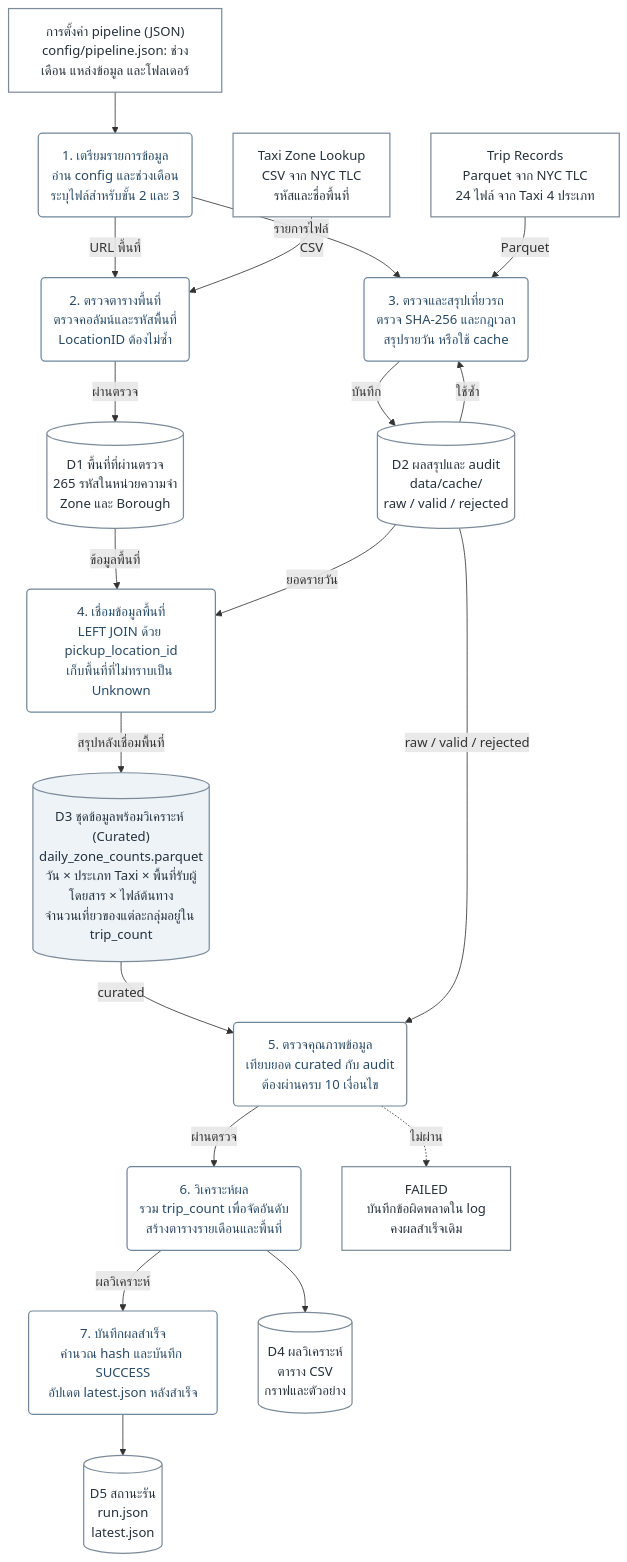
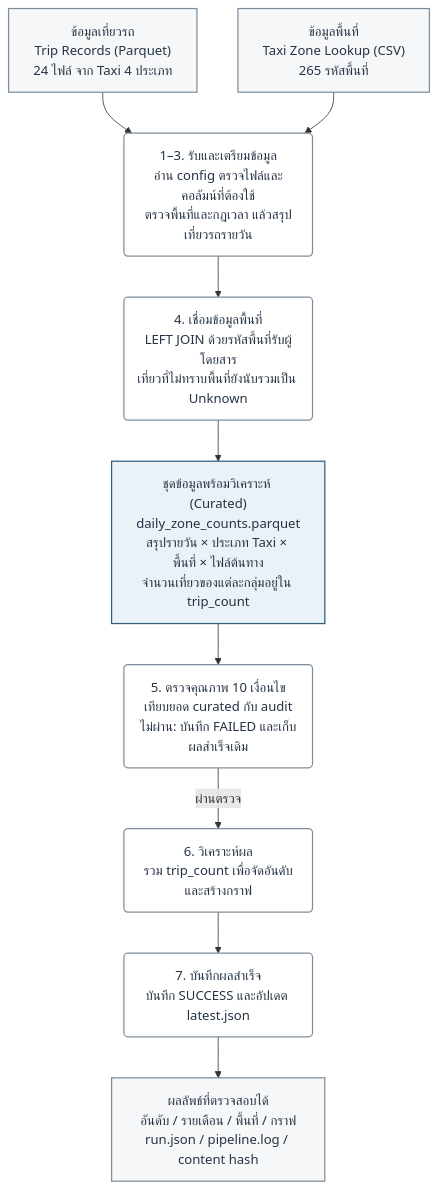
The diagram in docs/pipeline.mmd (ronnakrit303/CS341-Submission2), drawn with Mermaid before and after one commit. The commit also changed 5 other files, not shown here.

Commit message:
Replace data flow diagram with a concise single overview

```diff
--- a/docs/pipeline.mmd
+++ b/docs/pipeline.mmd
@@ -1,45 +1,25 @@
 flowchart TD
     %% Generated by scripts/render_pipeline_diagram.py.
-    %% Canonical graph for the two README views. D2 and D3 are shared data stores.
-    %% Numbers match log stages; arrows show data dependencies, not parallel execution.
-    configSource["การตั้งค่า pipeline (JSON)<br/>config/pipeline.json: ช่วงเดือน แหล่งข้อมูล และโฟลเดอร์"]:::source
-    prepare("1. เตรียมรายการข้อมูล<br/>อ่าน config และช่วงเดือน<br/>ระบุไฟล์สำหรับขั้น 2 และ 3"):::process
-    zoneSource["Taxi Zone Lookup<br/>CSV จาก NYC TLC<br/>รหัสและชื่อพื้นที่"]:::source
-    tripSource["Trip Records<br/>Parquet จาก NYC TLC<br/>24 ไฟล์ จาก Taxi 4 ประเภท"]:::source
-    lookup("2. ตรวจตารางพื้นที่<br/>ตรวจคอลัมน์และรหัสพื้นที่<br/>LocationID ต้องไม่ซ้ำ"):::process
-    trips("3. ตรวจและสรุปเที่ยวรถ<br/>ตรวจ SHA-256 และกฎเวลา<br/>สรุปรายวัน หรือใช้ cache"):::process
-    zonesStore[("D1 พื้นที่ที่ผ่านตรวจ<br/>265 รหัสในหน่วยความจำ<br/>Zone และ Borough")]:::store
-    aggregateStore[("D2 ผลสรุปและ audit<br/>data/cache/<br/>raw / valid / rejected")]:::store
-    curate("4. เชื่อมข้อมูลพื้นที่<br/>LEFT JOIN ด้วย pickup_location_id<br/>เก็บพื้นที่ที่ไม่ทราบเป็น Unknown"):::process
-    curatedStore[("D3 ชุดข้อมูลพร้อมวิเคราะห์ (Curated)<br/>daily_zone_counts.parquet<br/>วัน × ประเภท Taxi × พื้นที่รับผู้โดยสาร × ไฟล์ต้นทาง<br/>จำนวนเที่ยวของแต่ละกลุ่มอยู่ใน trip_count")]:::store
-    quality("5. ตรวจคุณภาพข้อมูล<br/>เทียบยอด curated กับ audit<br/>ต้องผ่านครบ 10 เงื่อนไข"):::quality
-    analysis("6. วิเคราะห์ผล<br/>รวม trip_count เพื่อจัดอันดับ<br/>สร้างตารางรายเดือนและพื้นที่"):::process
-    publish("7. บันทึกผลสำเร็จ<br/>คำนวณ hash และบันทึก SUCCESS<br/>อัปเดต latest.json หลังสำเร็จ"):::process
-    failed["FAILED<br/>บันทึกข้อผิดพลาดใน log<br/>คงผลสำเร็จเดิม"]:::failed
-    resultStore[("D4 ผลวิเคราะห์<br/>ตาราง CSV<br/>กราฟและตัวอย่าง")]:::store
-    successStore[("D5 สถานะรัน<br/>run.json<br/>latest.json")]:::store
-    configSource --> prepare
-    prepare -->|"URL พื้นที่"| lookup
-    prepare -->|"รายการไฟล์"| trips
-    zoneSource -->|"CSV"| lookup
-    tripSource -->|"Parquet"| trips
-    lookup -->|"ผ่านตรวจ"| zonesStore
-    trips -->|"บันทึก"| aggregateStore
-    aggregateStore -->|"ใช้ซ้ำ"| trips
-    zonesStore -->|"ข้อมูลพื้นที่"| curate
-    aggregateStore -->|"ยอดรายวัน"| curate
-    curate -->|"สรุปหลังเชื่อมพื้นที่"| curatedStore
-    curatedStore -->|"curated"| quality
-    aggregateStore -->|"raw / valid / rejected"| quality
+    %% Overview: steps 1–3 share one process; see the README for all seven log stages.
+    %% A failed quality gate stops the main flow; other errors also retain the prior success.
+    trips["ข้อมูลเที่ยวรถ<br/>Trip Records (Parquet)<br/>24 ไฟล์ จาก Taxi 4 ประเภท"]:::source
+    zones["ข้อมูลพื้นที่<br/>Taxi Zone Lookup (CSV)<br/>265 รหัสพื้นที่"]:::source
+    prepare("1–3. รับและเตรียมข้อมูล<br/>อ่าน config ตรวจไฟล์และคอลัมน์ที่ต้องใช้<br/>ตรวจพื้นที่และกฎเวลา แล้วสรุปเที่ยวรถรายวัน"):::process
+    join("4. เชื่อมข้อมูลพื้นที่<br/>LEFT JOIN ด้วยรหัสพื้นที่รับผู้โดยสาร<br/>เที่ยวที่ไม่ทราบพื้นที่ยังนับรวมเป็น Unknown"):::process
+    curated["ชุดข้อมูลพร้อมวิเคราะห์ (Curated)<br/>daily_zone_counts.parquet<br/>สรุปรายวัน × ประเภท Taxi × พื้นที่ × ไฟล์ต้นทาง<br/>จำนวนเที่ยวของแต่ละกลุ่มอยู่ใน trip_count"]:::data
+    quality("5. ตรวจคุณภาพ 10 เงื่อนไข<br/>เทียบยอด curated กับ audit<br/>ไม่ผ่าน: บันทึก FAILED และเก็บผลสำเร็จเดิม"):::process
+    analysis("6. วิเคราะห์ผล<br/>รวม trip_count เพื่อจัดอันดับและสร้างกราฟ"):::process
+    publish("7. บันทึกผลสำเร็จ<br/>บันทึก SUCCESS และอัปเดต latest.json"):::process
+    outputs["ผลลัพธ์ที่ตรวจสอบได้<br/>อันดับ / รายเดือน / พื้นที่ / กราฟ<br/>run.json / pipeline.log / content hash"]:::output
+    trips --> prepare
+    zones --> prepare
+    prepare --> join
+    join --> curated
+    curated --> quality
     quality -->|"ผ่านตรวจ"| analysis
-    quality -.->|"ไม่ผ่าน"| failed
-    analysis --> resultStore
-    analysis -->|"ผลวิเคราะห์"| publish
-    publish --> successStore
-    classDef source fill:#FFFFFF,stroke:#7D8B99,color:#25313B,stroke-width:1.5px
-    classDef process fill:#FFFFFF,stroke:#6E879B,color:#294A65,stroke-width:1.5px
-    classDef store fill:#FFFFFF,stroke:#7D8B99,color:#25313B,stroke-width:1.5px
-    classDef quality fill:#FFFFFF,stroke:#6E879B,color:#294A65,stroke-width:1.5px
-    classDef failed fill:#FFFFFF,stroke:#7D8B99,color:#25313B,stroke-width:1.5px
-    classDef curated fill:#EEF3F8,stroke:#7D8B99,color:#25313B,stroke-width:1.5px
-    class curatedStore curated
+    analysis --> publish
+    publish --> outputs
+    classDef source fill:#F5F7F9,stroke:#7D8D9B,color:#253344,stroke-width:1.5px
+    classDef process fill:#FFFFFF,stroke:#7D8D9B,color:#253344,stroke-width:1.5px
+    classDef data fill:#EAF1F7,stroke:#315C7E,color:#253344,stroke-width:1.5px
+    classDef output fill:#F5F7F9,stroke:#7D8D9B,color:#253344,stroke-width:1.5px
```
